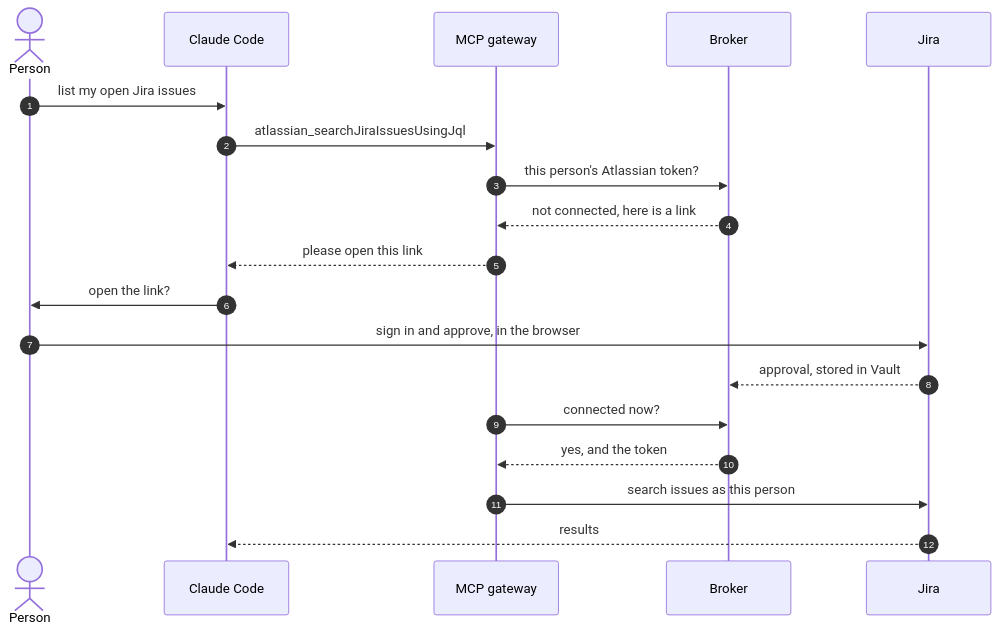
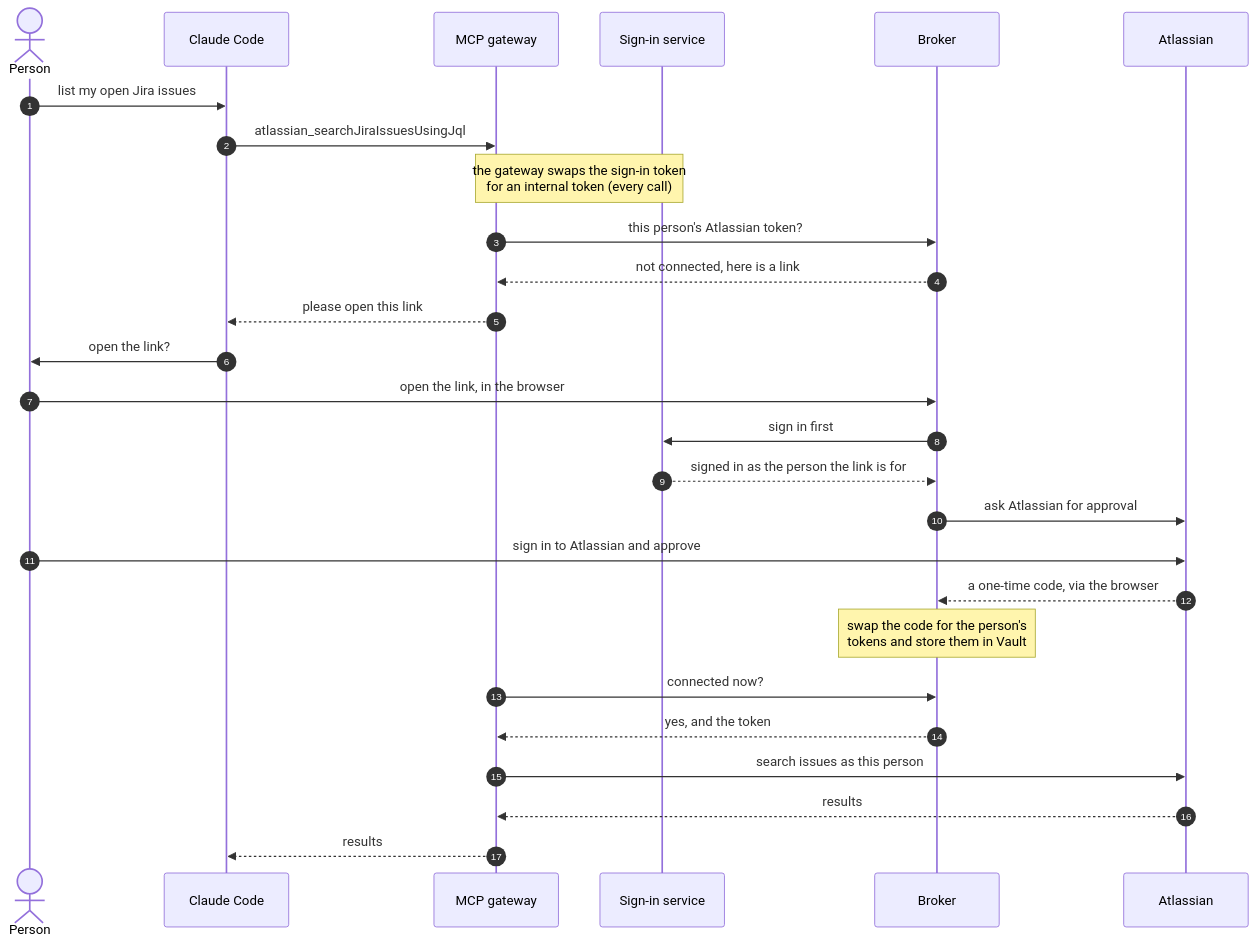
The third of 5 diagrams in docs/overview.md (chief-builder/vendor-token-broker), drawn with Mermaid before and after one commit. The commit also changed other lines of this file and 1 other file, not shown here.

Commit message:
docs: show the sign-in service in the first-use flow

````diff
--- a/docs/overview.md
+++ b/docs/overview.md
@@ -73,21 +73,29 @@
 ```mermaid
 sequenceDiagram
     autonumber
     actor P as Person
     participant C as Claude Code
     participant G as MCP gateway
+    participant H as Sign-in service
     participant B as Broker
-    participant S as Jira
+    participant A as Atlassian
     P->>C: list my open Jira issues
     C->>G: atlassian_searchJiraIssuesUsingJql
+    Note over G,H: the gateway swaps the sign-in token<br/>for an internal token (every call)
     G->>B: this person's Atlassian token?
     B-->>G: not connected, here is a link
     G-->>C: please open this link
     C->>P: open the link?
-    P->>S: sign in and approve, in the browser
-    S-->>B: approval, stored in Vault
+    P->>B: open the link, in the browser
+    B->>H: sign in first
+    H-->>B: signed in as the person the link is for
+    B->>A: ask Atlassian for approval
+    P->>A: sign in to Atlassian and approve
+    A-->>B: a one-time code, via the browser
+    Note over B: swap the code for the person's<br/>tokens and store them in Vault
     G->>B: connected now?
     B-->>G: yes, and the token
-    G->>S: search issues as this person
-    S-->>C: results
+    G->>A: search issues as this person
+    A-->>G: results
+    G-->>C: results
 ```
````
